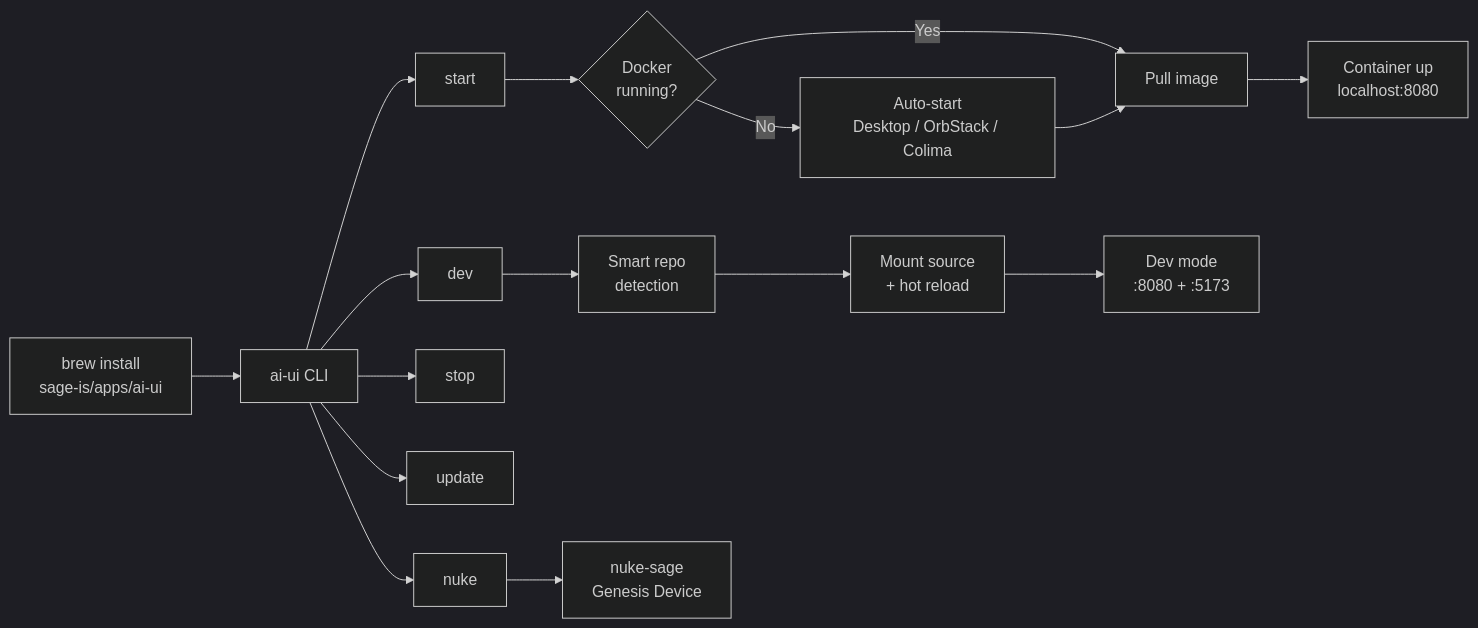
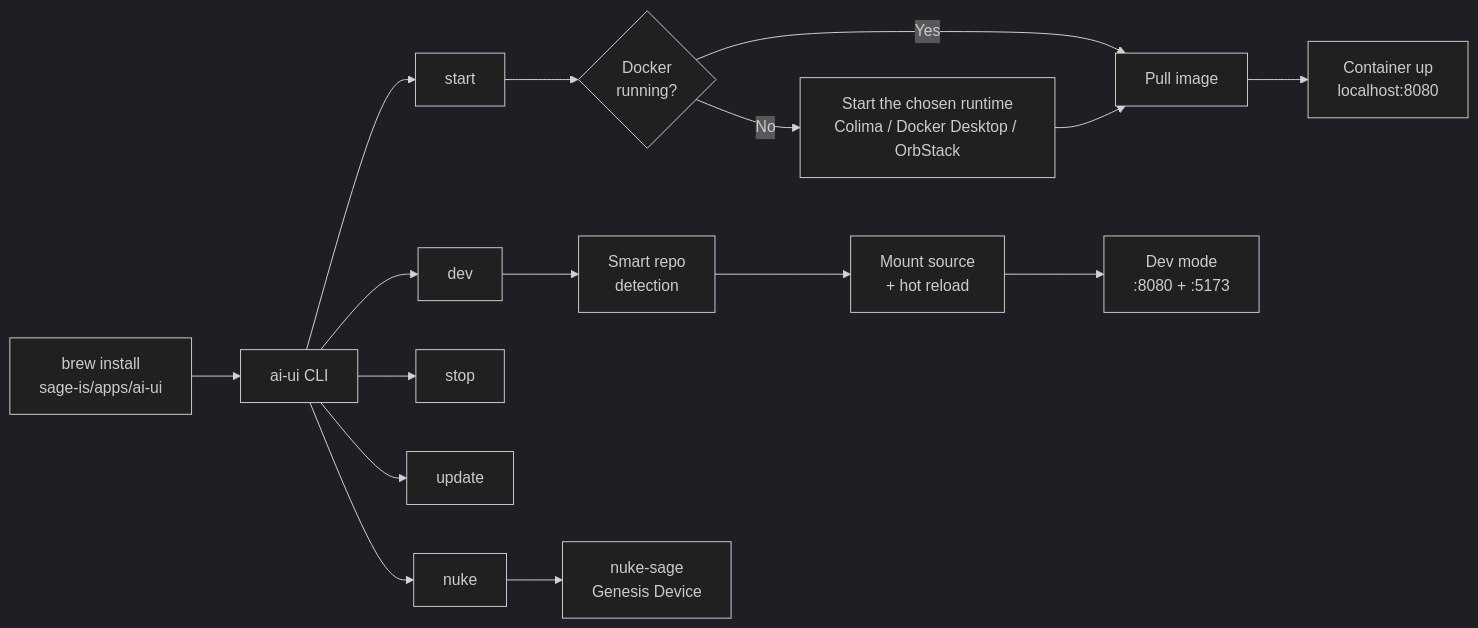
One commit to Sage-is/homebrew-apps changed the first of 5 diagrams in README.md. Above: the diagram before and after it, drawn with Mermaid (dark theme). The commit also changed other lines of this file and 3 other files, not shown here.

````diff
--- a/README.md
+++ b/README.md
@@ -46,21 +47,21 @@
 ```mermaid
 graph LR
     brew["brew install<br/>sage-is/apps/ai-ui"] --> cli["ai-ui CLI"]
     cli --> start["start"]
     cli --> dev["dev"]
     cli --> stop["stop"]
     cli --> update["update"]
     cli --> nuke["nuke"]
 
     start --> docker_check{"Docker<br/>running?"}
     docker_check -->|Yes| pull["Pull image"]
-    docker_check -->|No| auto["Auto-start<br/>Desktop / OrbStack / Colima"]
+    docker_check -->|No| auto["Start the chosen runtime<br/>Colima / Docker Desktop / OrbStack"]
     auto --> pull
     pull --> run["Container up<br/>localhost:8080"]
 
     dev --> detect["Smart repo<br/>detection"]
     detect --> mount["Mount source<br/>+ hot reload"]
     mount --> devrun["Dev mode<br/>:8080 + :5173"]
 
     nuke --> genesis["nuke-sage<br/>Genesis Device"]
 ```
````
